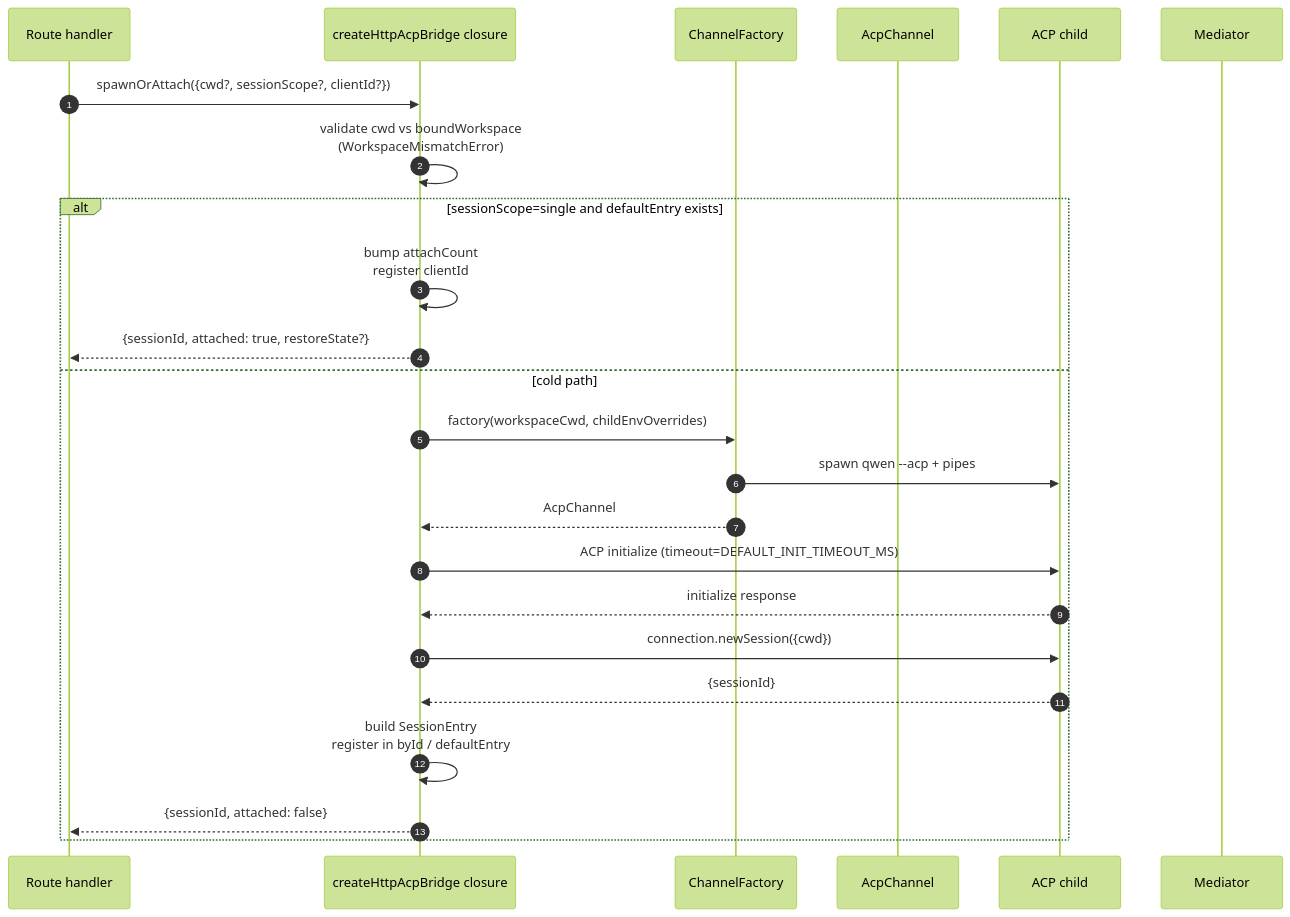
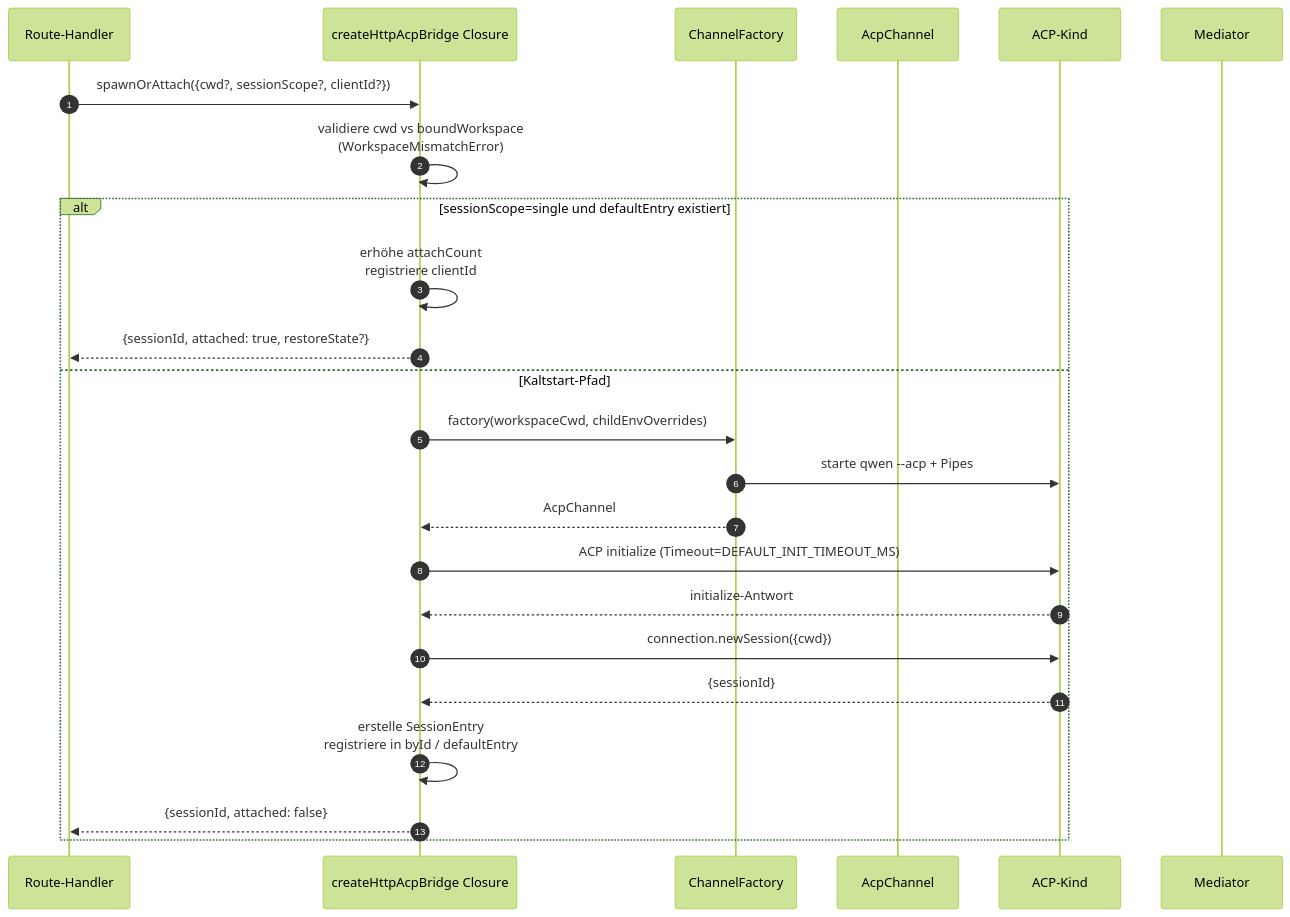
The first of 4 diagrams in website/content/de/developers/daemon/03-acp-bridge.md (QwenLM/qwen-code-docs), drawn with Mermaid (forest theme) before and after one commit. The commit also changed other lines of this file and 1077 other files, not shown here.

````diff
--- a/website/content/de/developers/daemon/03-acp-bridge.md
+++ b/website/content/de/developers/daemon/03-acp-bridge.md
@@ -58,27 +60,27 @@
 ```mermaid
 sequenceDiagram
     autonumber
-    participant R as Route handler
-    participant B as createHttpAcpBridge closure
+    participant R as Route-Handler
+    participant B as createHttpAcpBridge Closure
     participant CF as ChannelFactory
     participant CH as AcpChannel
-    participant ACP as ACP child
+    participant ACP as ACP-Kind
     participant M as Mediator
 
     R->>B: spawnOrAttach({cwd?, sessionScope?, clientId?})
-    B->>B: validate cwd vs boundWorkspace<br/>(WorkspaceMismatchError)
-    alt sessionScope=single and defaultEntry exists
-        B->>B: bump attachCount<br/>register clientId
+    B->>B: validiere cwd vs boundWorkspace<br/>(WorkspaceMismatchError)
+    alt sessionScope=single und defaultEntry existiert
+        B->>B: erhöhe attachCount<br/>registriere clientId
         B-->>R: {sessionId, attached: true, restoreState?}
-    else cold path
+    else Kaltstart-Pfad
         B->>CF: factory(workspaceCwd, childEnvOverrides)
-        CF->>ACP: spawn qwen --acp + pipes
+        CF->>ACP: starte qwen --acp + Pipes
         CF-->>B: AcpChannel
-        B->>ACP: ACP initialize (timeout=DEFAULT_INIT_TIMEOUT_MS)
-        ACP-->>B: initialize response
+        B->>ACP: ACP initialize (Timeout=DEFAULT_INIT_TIMEOUT_MS)
+        ACP-->>B: initialize-Antwort
         B->>ACP: connection.newSession({cwd})
         ACP-->>B: {sessionId}
-        B->>B: build SessionEntry<br/>register in byId / defaultEntry
+        B->>B: erstelle SessionEntry<br/>registriere in byId / defaultEntry
         B-->>R: {sessionId, attached: false}
     end
 ```
````
